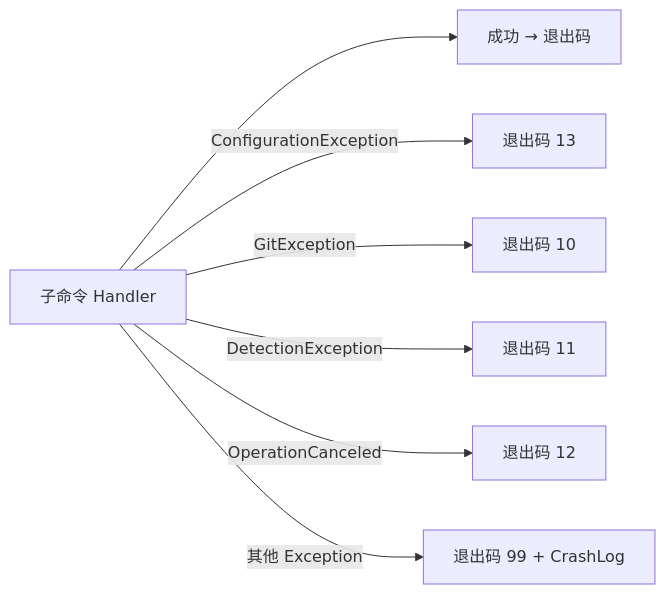
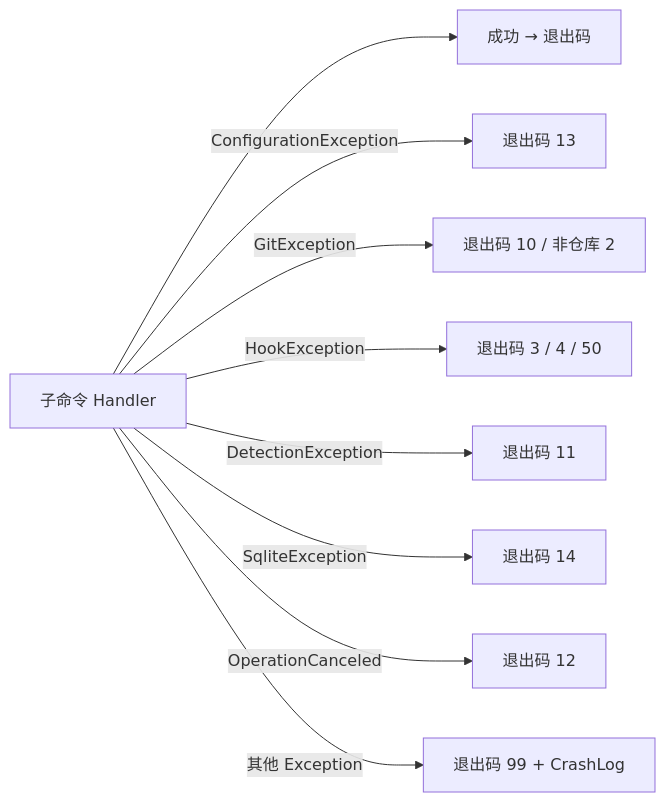
The second of 2 diagrams in docs/模块设计/Cli.md (Camefor/GitGuard), drawn with Mermaid before and after one commit. The commit also changed other lines of this file and 71 other files, not shown here.

````diff
--- a/docs/模块设计/Cli.md
+++ b/docs/模块设计/Cli.md
@@ -69,9 +77,11 @@
 ```mermaid
 flowchart LR
     Call[子命令 Handler] --> OK[成功 → 退出码]
     Call -- ConfigurationException --> E13[退出码 13]
-    Call -- GitException --> E10[退出码 10]
+    Call -- GitException --> E10[退出码 10 / 非仓库 2]
+    Call -- HookException --> EH[退出码 3 / 4 / 50]
     Call -- DetectionException --> E11[退出码 11]
+    Call -- SqliteException --> E14[退出码 14]
     Call -- OperationCanceled --> E12[退出码 12]
     Call -- 其他 Exception --> E99[退出码 99 + CrashLog]
 ```
````
